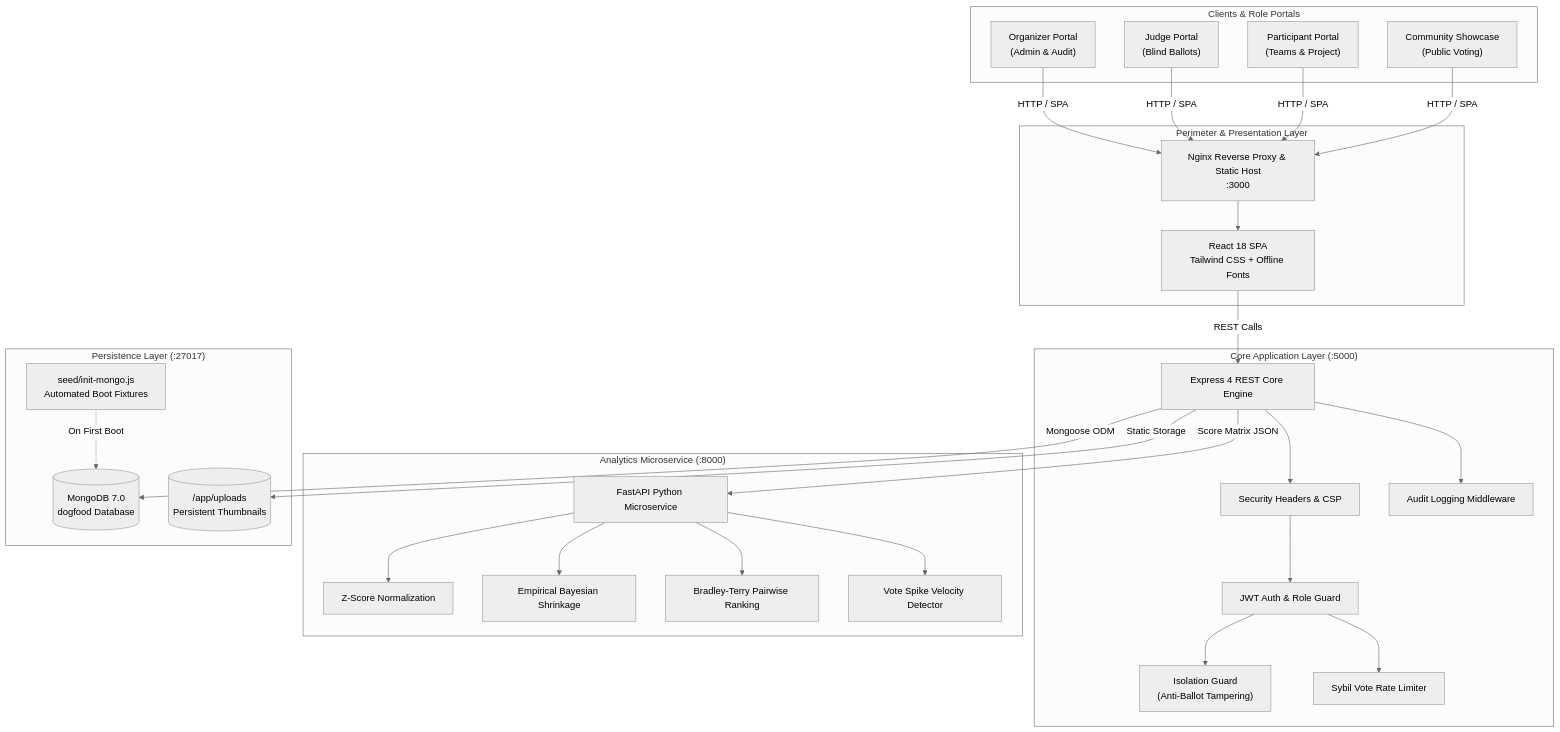
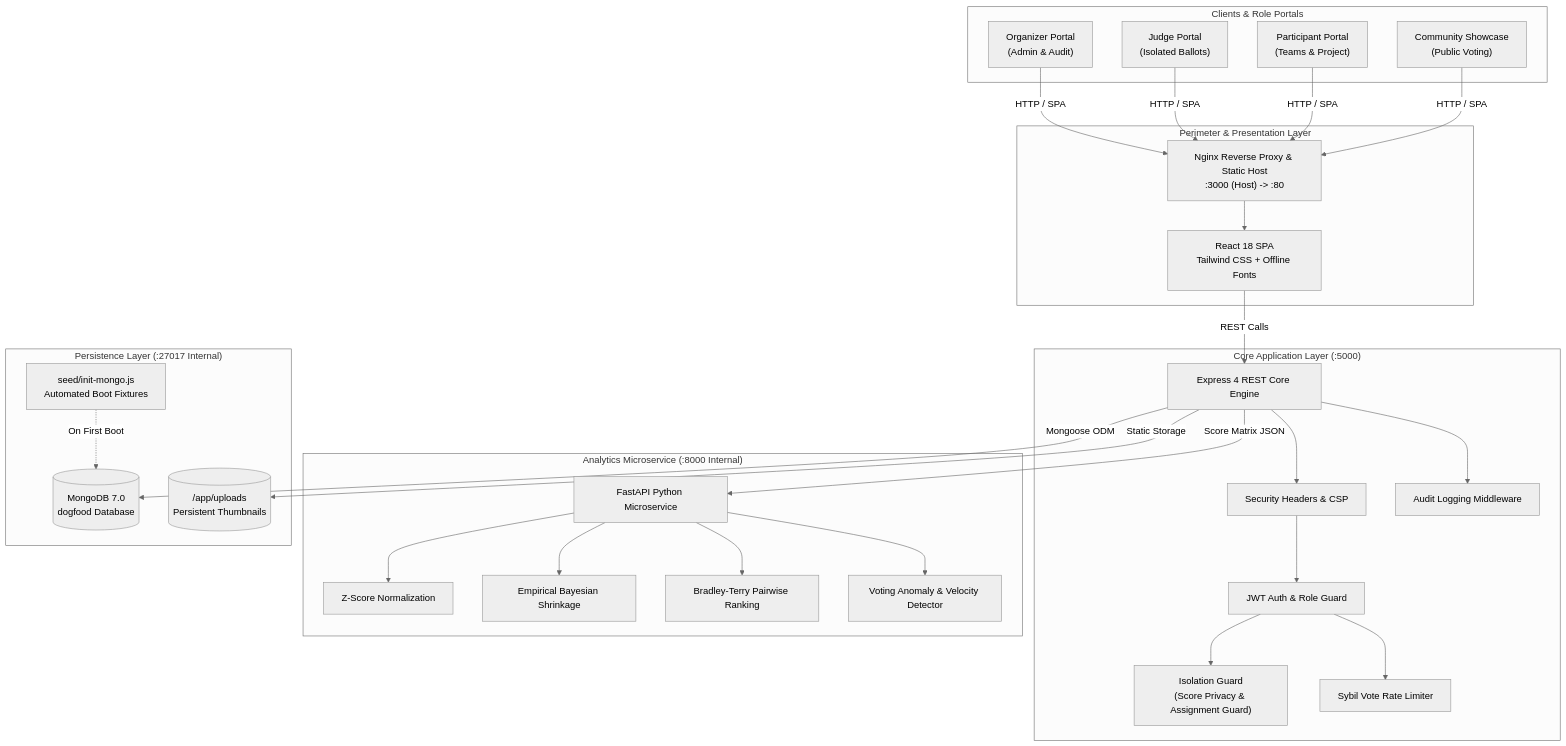
The diagram in README.md (Omiiii04/DogFood-Hackathon), drawn with Mermaid (neutral theme) before and after one commit. The commit also changed other lines of this file and 1 other file, not shown here.

Commit message:
docs: document internal-only service topology and add new leaderboard and pairwise endpoints

````diff
--- a/README.md
+++ b/README.md
@@ -103,60 +116,60 @@
 ```mermaid
 flowchart TD
     subgraph Clients["Clients & Role Portals"]
         Organizer["Organizer Portal<br/>(Admin & Audit)"]
-        Judge["Judge Portal<br/>(Blind Ballots)"]
+        Judge["Judge Portal<br/>(Isolated Ballots)"]
         Hacker["Participant Portal<br/>(Teams & Project)"]
         Public["Community Showcase<br/>(Public Voting)"]
     end
 
     subgraph Edge["Perimeter & Presentation Layer"]
-        Nginx["Nginx Reverse Proxy & Static Host<br/>:3000"]
+        Nginx["Nginx Reverse Proxy & Static Host<br/>:3000 (Host) -> :80"]
         ViteReact["React 18 SPA<br/>Tailwind CSS + Offline Fonts"]
         Nginx --> ViteReact
     end
 
     subgraph Core["Core Application Layer (:5000)"]
         Express["Express 4 REST Core Engine"]
         Helmet["Security Headers & CSP"]
         AuthMid["JWT Auth & Role Guard"]
-        IsoGuard["Isolation Guard<br/>(Anti-Ballot Tampering)"]
+        IsoGuard["Isolation Guard<br/>(Score Privacy & Assignment Guard)"]
         RateLimit["Sybil Vote Rate Limiter"]
         AuditLog["Audit Logging Middleware"]
         
         Express --> Helmet
         Helmet --> AuthMid
         AuthMid --> IsoGuard
         AuthMid --> RateLimit
         Express --> AuditLog
     end
 
-    subgraph Analytics["Analytics Microservice (:8000)"]
+    subgraph Analytics["Analytics Microservice (:8000 Internal)"]
         FastAPI["FastAPI Python Microservice"]
         ZScore["Z-Score Normalization"]
         Bayes["Empirical Bayesian Shrinkage"]
         Bradley["Bradley-Terry Pairwise Ranking"]
-        Anomaly["Vote Spike Velocity Detector"]
+        Anomaly["Voting Anomaly & Velocity Detector"]
         
         FastAPI --> ZScore
         FastAPI --> Bayes
         FastAPI --> Bradley
         FastAPI --> Anomaly
     end
 
-    subgraph Data["Persistence Layer (:27017)"]
+    subgraph Data["Persistence Layer (:27017 Internal)"]
         Mongo[(MongoDB 7.0<br/>dogfood Database)]
         InitSeed["seed/init-mongo.js<br/>Automated Boot Fixtures"]
         InitSeed -.->|On First Boot| Mongo
         Uploads[("/app/uploads<br/>Persistent Thumbnails")]
     end
 
     Organizer -->|HTTP / SPA| Nginx
     Judge -->|HTTP / SPA| Nginx
     Hacker -->|HTTP / SPA| Nginx
     Public -->|HTTP / SPA| Nginx
 
     ViteReact -->|REST Calls| Express
     Express -->|Score Matrix JSON| FastAPI
     Express -->|Mongoose ODM| Mongo
     Express -->|Static Storage| Uploads
 ```
````
